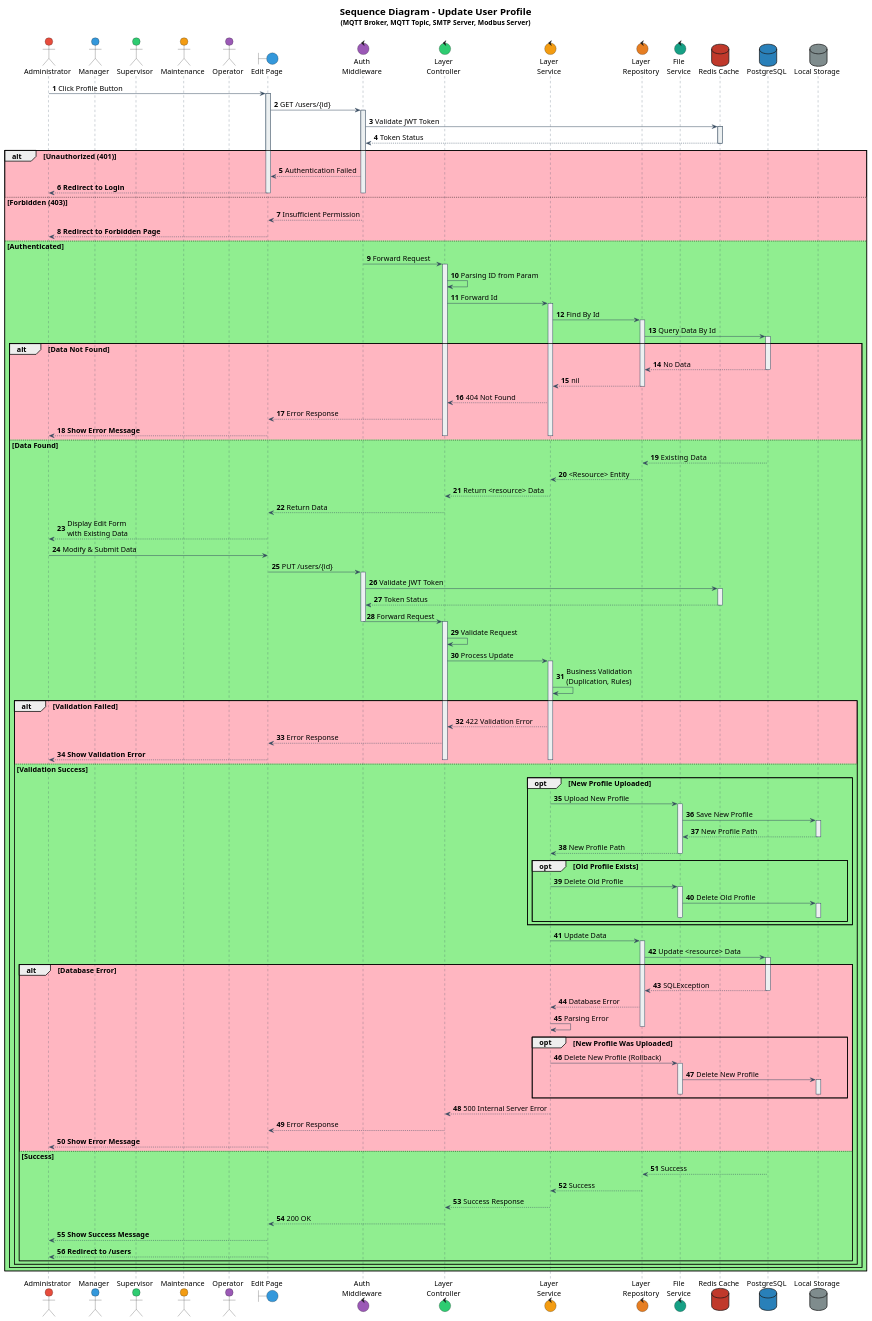
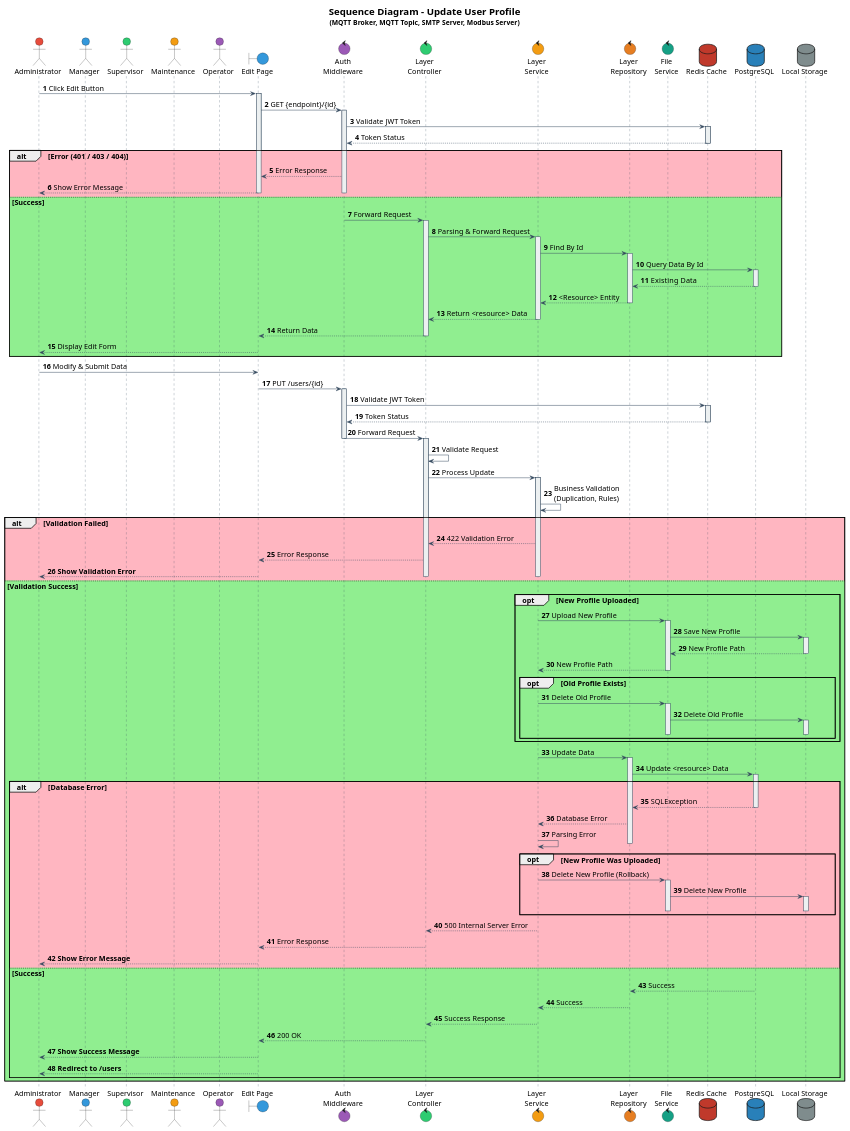
The diagram in documentation/sequence/management-user/user-profile/edit.puml (IntConnect/go-intconnect-api), drawn with PlantUML before and after one commit. The commit also changed 7 other files, not shown here.

```diff
--- a/documentation/sequence/management-user/user-profile/edit.puml
+++ b/documentation/sequence/management-user/user-profile/edit.puml
@@ -49,12 +49,11 @@
 
 autonumber
 
-
 ' === FETCH EXISTING DATA ===
-admin -> boundEdit: Click Profile Button
+admin -> boundEdit: Click Edit Button
 activate boundEdit
 
-boundEdit -> authMiddleware: GET /users/{id}
+boundEdit -> authMiddleware: GET {endpoint}/{id}
 activate authMiddleware
 
 authMiddleware -> dbRedis: Validate JWT Token
@@ -62,26 +61,20 @@
 dbRedis --> authMiddleware: Token Status
 deactivate dbRedis
 
-alt #LightPink Unauthorized (401)
-    authMiddleware --> boundEdit: Authentication Failed
-    boundEdit --> admin: **Redirect to Login**
+alt #LightPink Error (401 / 403 / 404)
+    authMiddleware --> boundEdit: Error Response
+    boundEdit --> admin: Show Error Message
     deactivate authMiddleware
     deactivate boundEdit
 
-else #LightPink Forbidden (403)
-    authMiddleware --> boundEdit: Insufficient Permission
-    boundEdit --> admin: **Redirect to Forbidden Page**
-    deactivate authMiddleware
-    deactivate boundEdit
 
-else #LightGreen Authenticated
+else #LightGreen Success
 
     authMiddleware -> controller: Forward Request
     deactivate authMiddleware
     activate controller
 
-    controller -> controller: Parsing ID from Param
-    controller -> service: Forward Id
+    controller -> service: Parsing & Forward Request
     activate service
 
     service -> repository: Find By Id
@@ -90,19 +83,6 @@
     repository -> dbPsql: Query Data By Id
     activate dbPsql
 
-    alt #LightPink Data Not Found
-        dbPsql --> repository: No Data
-        deactivate dbPsql
-        repository --> service: nil
-        deactivate repository
-        service --> controller: 404 Not Found
-        controller --> boundEdit: Error Response
-        boundEdit --> admin: **Show Error Message**
-        deactivate service
-        deactivate controller
-        deactivate boundEdit
-
-    else #LightGreen Data Found
         dbPsql --> repository: Existing  Data
         deactivate dbPsql
 
@@ -115,8 +95,8 @@
         controller --> boundEdit: Return Data
         deactivate controller
 
-        boundEdit --> admin: Display Edit Form\nwith Existing Data
-
+        boundEdit --> admin: Display Edit Form
+ end
         ' === UPDATE PROCESS ===
         admin -> boundEdit: Modify & Submit Data
 
@@ -222,7 +202,5 @@
                 deactivate boundEdit
             end
         end
-    end
-end
 
 @enduml
```
